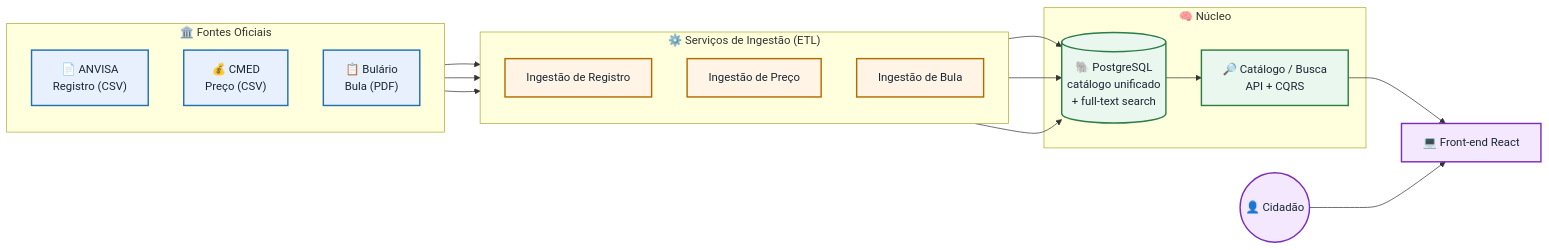
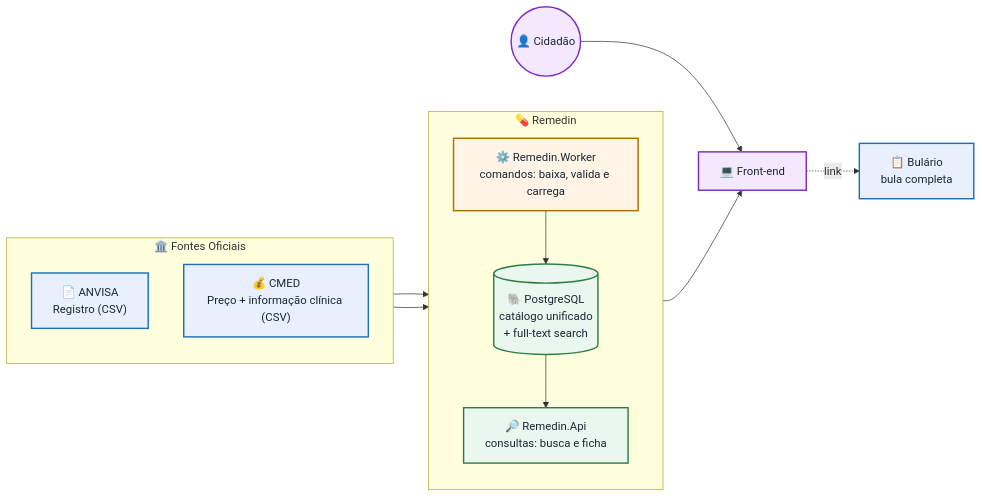
One commit to igormsnogueira/remedin changed the diagram in README.md. Above: the diagram before and after it, drawn with Mermaid. The commit also changed other lines of this file and 14 other files, not shown here.

Commit message:
docs: registrar ADRs, diagramas C4 e o recorte real do catálogo Closed #7

````diff
--- a/README.md
+++ b/README.md
@@ -47,44 +47,37 @@
 ```mermaid
 flowchart LR
     subgraph Fontes["🏛️ Fontes Oficiais"]
         direction TB
         A["📄 ANVISA<br/>Registro (CSV)"]
-        B["💰 CMED<br/>Preço (CSV)"]
-        C["📋 Bulário<br/>Bula (PDF)"]
+        B["💰 CMED<br/>Preço + informação clínica (CSV)"]
     end
 
-    subgraph Ingestao["⚙️ Serviços de Ingestão (ETL)"]
+    subgraph Remedin["💊 Remedin"]
         direction TB
-        IR["Ingestão de Registro"]
-        IP["Ingestão de Preço"]
-        IB["Ingestão de Bula"]
+        W["⚙️ Remedin.Worker<br/>comandos: baixa, valida e carrega"]
+        DB[("🐘 PostgreSQL<br/>catálogo unificado<br/>+ full-text search")]
+        API["🔎 Remedin.Api<br/>consultas: busca e ficha"]
     end
 
-    subgraph Nucleo["🧠 Núcleo"]
-        DB[("🐘 PostgreSQL<br/>catálogo unificado<br/>+ full-text search")]
-        CB["🔎 Catálogo / Busca<br/>API + CQRS"]
-    end
+    FE["💻 Front-end"]
+    U(("👤 Cidadão"))
+    BUL["📋 Bulário<br/>bula completa"]
 
-    FE["💻 Front-end React"]
-    U(("👤 Cidadão"))
-
-    A --> IR
-    B --> IP
-    C --> IB
-    IR --> DB
-    IP --> DB
-    IB --> DB
-    DB --> CB
-    CB --> FE
+    A --> W
+    B --> W
+    W --> DB
+    DB --> API
+    API --> FE
     U --> FE
+    FE -.->|"link"| BUL
 
     classDef fonte fill:#E8F0FE,stroke:#1F6FB2,stroke-width:2px,color:#1A2733;
     classDef etl fill:#FFF4E5,stroke:#B26B00,stroke-width:2px,color:#1A2733;
     classDef nucleo fill:#E9F7EF,stroke:#2E7D46,stroke-width:2px,color:#1A2733;
     classDef ui fill:#F3E8FD,stroke:#7B2CBF,stroke-width:2px,color:#1A2733;
 
-    class A,B,C fonte;
-    class IR,IP,IB etl;
-    class DB,CB nucleo;
+    class A,B,BUL fonte;
+    class W etl;
+    class DB,API nucleo;
     class FE,U ui;
 ```
````
